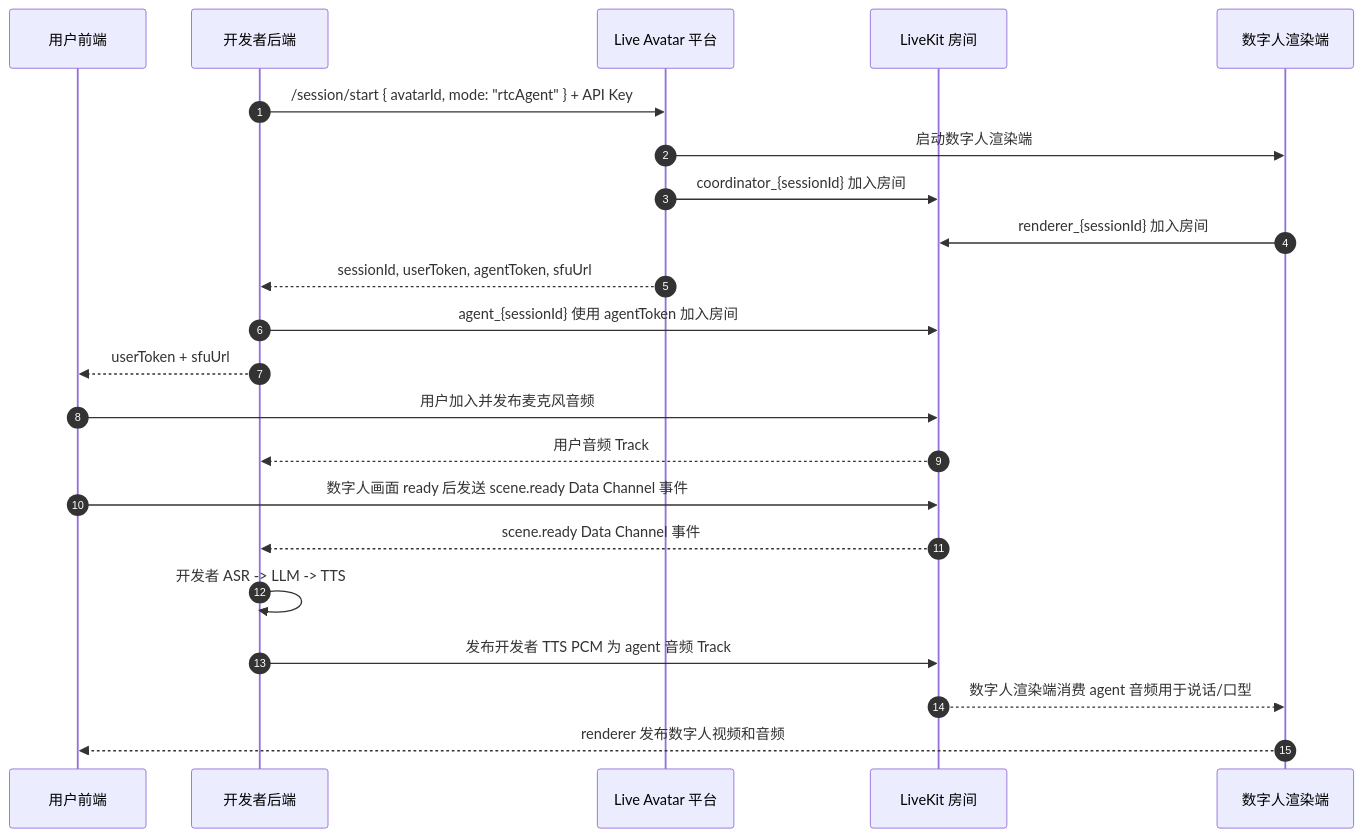
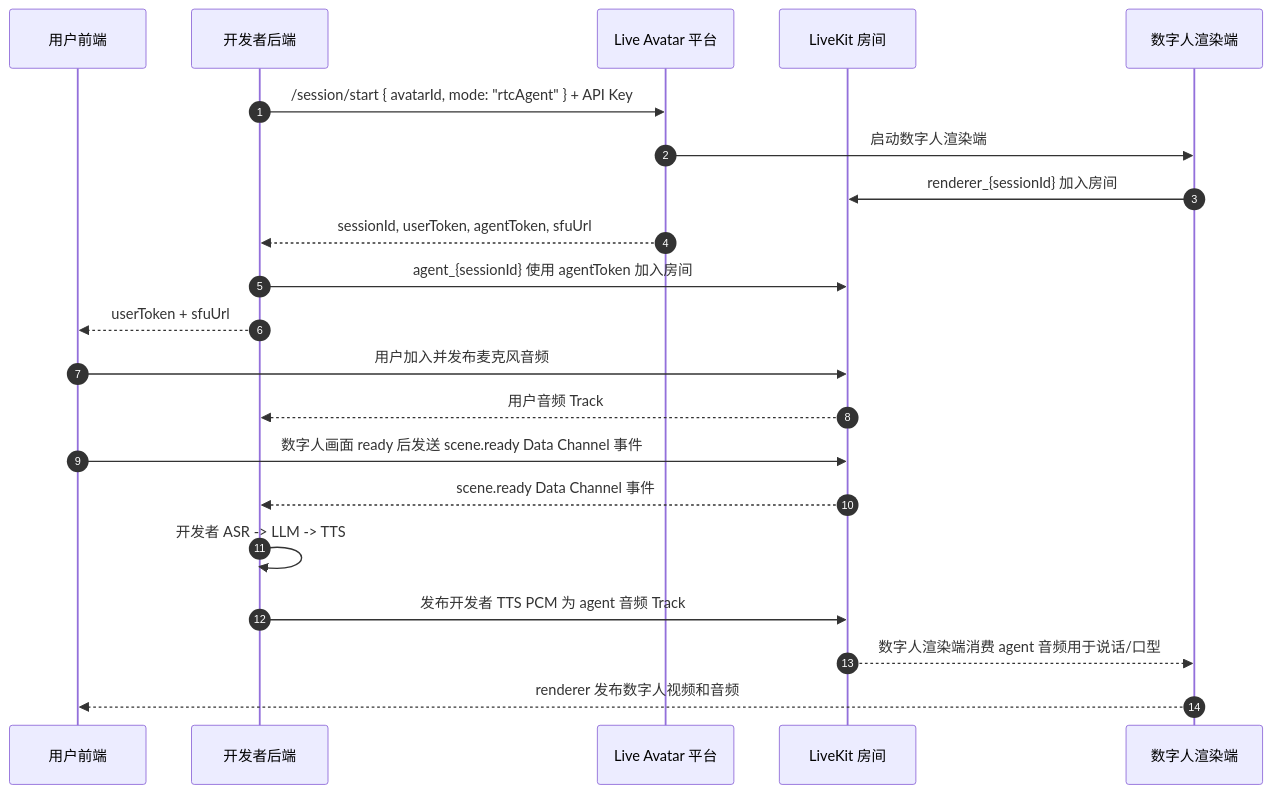
One commit to newportAI-lab/liveavatar-platform-rtc-python changed the diagram in PROTOCOL.zh.md. Above: the diagram before and after it, drawn with Mermaid. The commit also changed 3 other files, not shown here.

````diff
--- a/PROTOCOL.zh.md
+++ b/PROTOCOL.zh.md
@@ -13,25 +13,24 @@
 ```mermaid
 sequenceDiagram
     autonumber
     participant User as 用户前端
     participant Backend as 开发者后端
     participant Platform as Live Avatar 平台
     participant Room as LiveKit 房间
     participant Avatar as 数字人渲染端
 
     Backend->>Platform: /session/start { avatarId, mode: "rtcAgent" } + API Key
     Platform->>Avatar: 启动数字人渲染端
-    Platform->>Room: coordinator_{sessionId} 加入房间
     Avatar->>Room: renderer_{sessionId} 加入房间
     Platform-->>Backend: sessionId, userToken, agentToken, sfuUrl
     Backend->>Room: agent_{sessionId} 使用 agentToken 加入房间
     Backend-->>User: userToken + sfuUrl
     User->>Room: 用户加入并发布麦克风音频
     Room-->>Backend: 用户音频 Track
     User->>Room: 数字人画面 ready 后发送 scene.ready Data Channel 事件
     Room-->>Backend: scene.ready Data Channel 事件
     Backend->>Backend: 开发者 ASR -> LLM -> TTS
     Backend->>Room: 发布开发者 TTS PCM 为 agent 音频 Track
     Room-->>Avatar: 数字人渲染端消费 agent 音频用于说话/口型
     Avatar-->>User: renderer 发布数字人视频和音频
 ```
````
